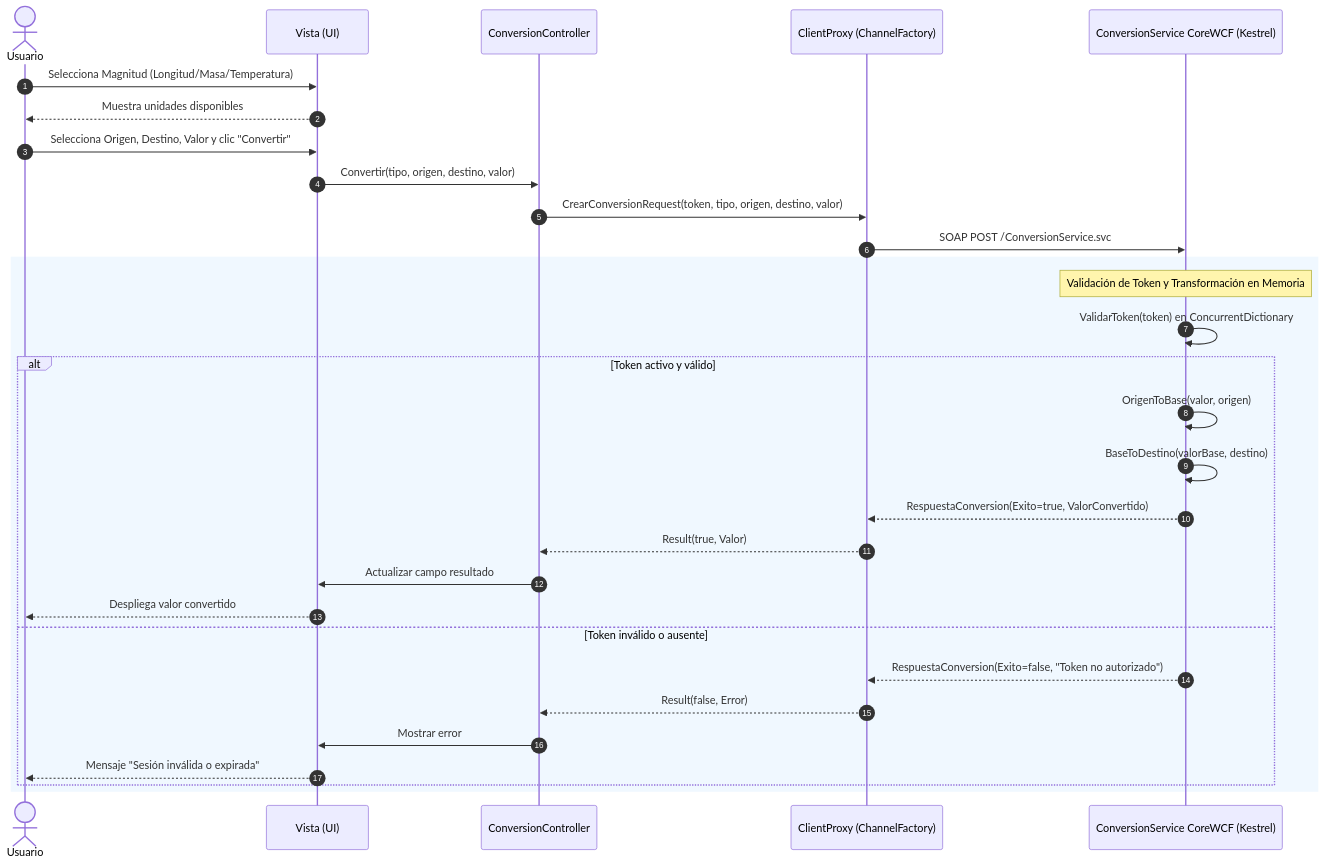
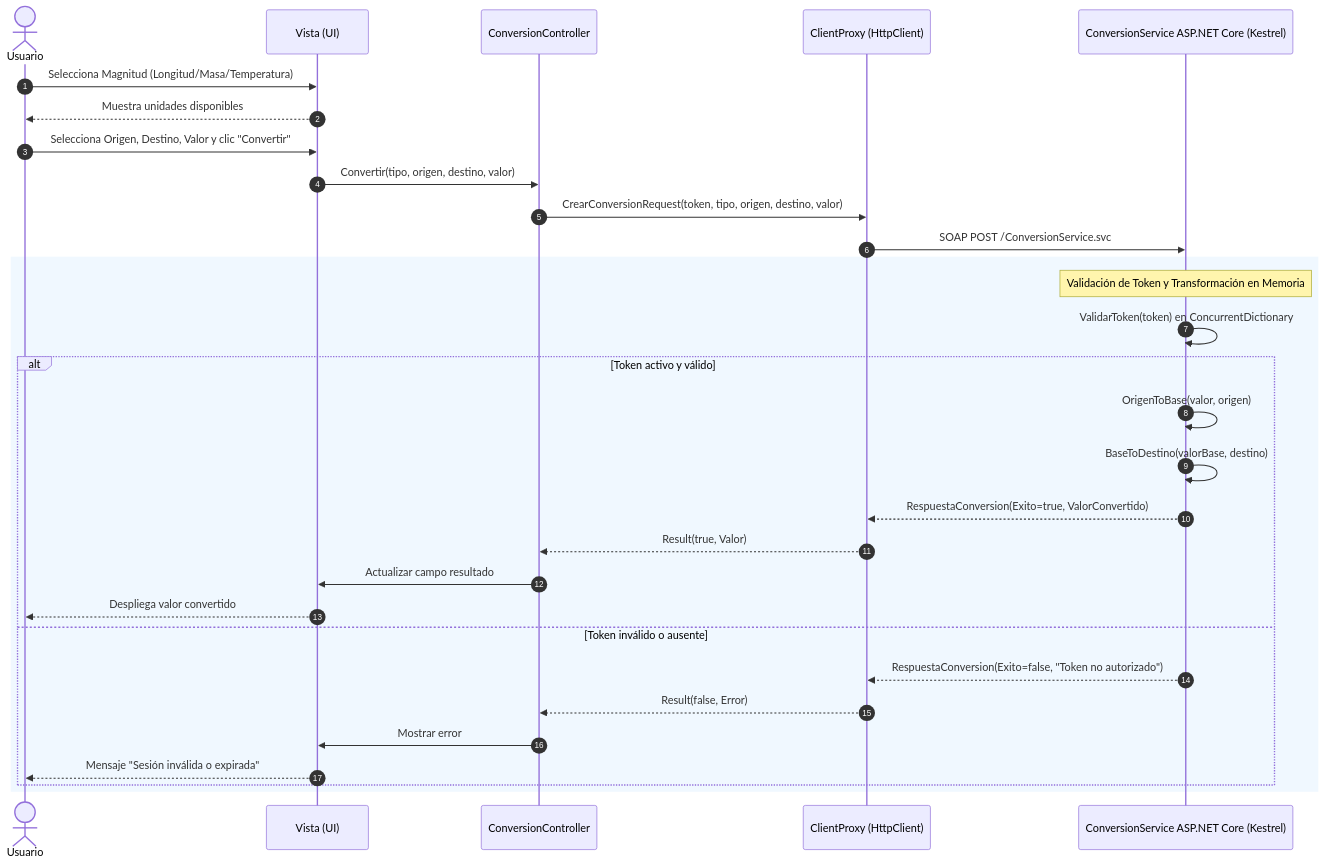
Before and after one commit to JulioViche/u1-sw-arch: the sixth of 7 diagrams in vault/06-projects/ti-1-2-soap-dotnet/diagrams.md, drawn with Mermaid. The commit also changed other lines of this file and 18 other files, not shown here.

````diff
--- a/vault/06-projects/ti-1-2-soap-dotnet/diagrams.md
+++ b/vault/06-projects/ti-1-2-soap-dotnet/diagrams.md
@@ -191,34 +191,34 @@
 ```mermaid
 sequenceDiagram
     autonumber
     actor U as Usuario
     participant V as Vista (UI)
     participant C as ConversionController
-    participant P as ClientProxy (ChannelFactory)
-    participant S as ConversionService CoreWCF (Kestrel)
+    participant P as ClientProxy (HttpClient)
+    participant S as ConversionService ASP.NET Core (Kestrel)
 
     U->>V: Selecciona Magnitud (Longitud/Masa/Temperatura)
     V-->>U: Muestra unidades disponibles
     U->>V: Selecciona Origen, Destino, Valor y clic "Convertir"
     V->>C: Convertir(tipo, origen, destino, valor)
     C->>P: CrearConversionRequest(token, tipo, origen, destino, valor)
     P->>S: SOAP POST /ConversionService.svc
     
     rect rgb(240, 248, 255)
         note over S: Validación de Token y Transformación en Memoria
         S->>S: ValidarToken(token) en ConcurrentDictionary
         alt Token activo y válido
             S->>S: OrigenToBase(valor, origen)
             S->>S: BaseToDestino(valorBase, destino)
             S-->>P: RespuestaConversion(Exito=true, ValorConvertido)
             P-->>C: Result(true, Valor)
             C->>V: Actualizar campo resultado
             V-->>U: Despliega valor convertido
         else Token inválido o ausente
             S-->>P: RespuestaConversion(Exito=false, "Token no autorizado")
             P-->>C: Result(false, Error)
             C->>V: Mostrar error
             V-->>U: Mensaje "Sesión inválida o expirada"
         end
     end
 ```
````
